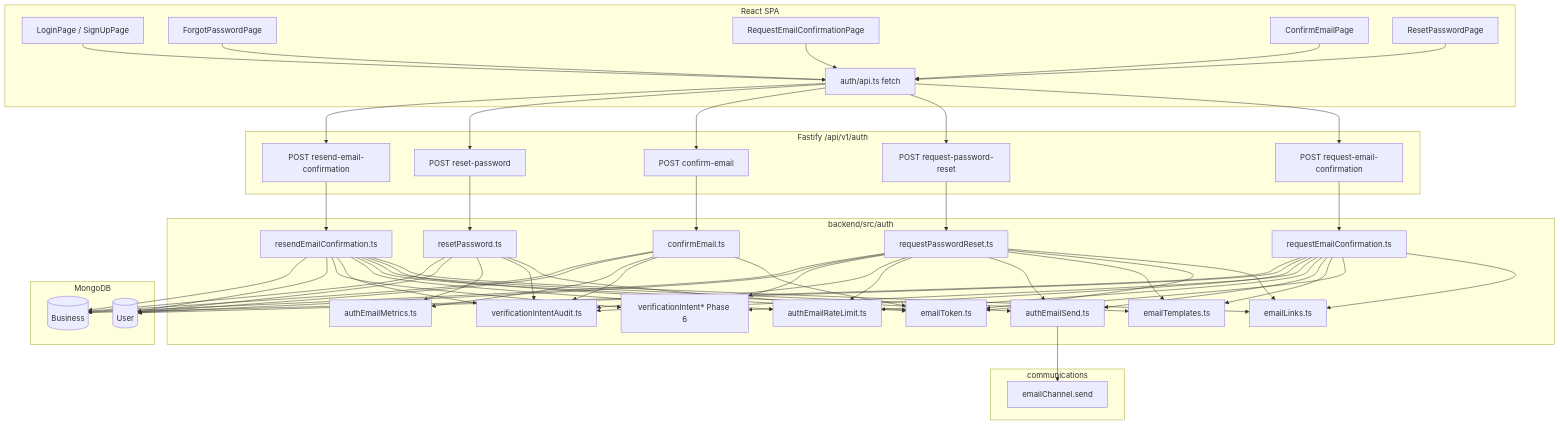
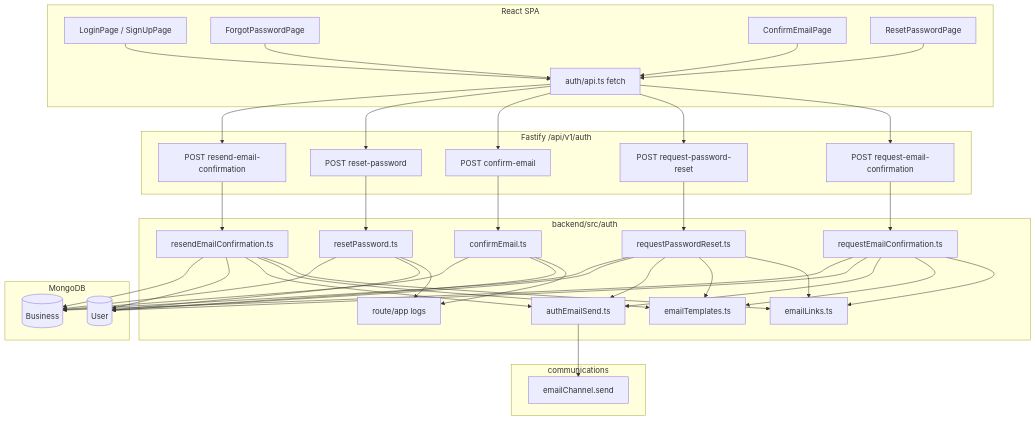
Before and after one commit to jpsm83/restaurant-pos: the first of 2 diagrams in documentation/auth-email-security-flows.md, drawn with Mermaid. The commit also changed other lines of this file and 74 other files, not shown here.

````diff
--- a/documentation/auth-email-security-flows.md
+++ b/documentation/auth-email-security-flows.md
@@ -29,61 +29,55 @@
 ```mermaid
 flowchart TB
   subgraph client [React SPA]
     LP[LoginPage / SignUpPage]
     FEC[ForgotPasswordPage]
-    RPC[RequestEmailConfirmationPage]
     CP[ConfirmEmailPage]
     RP[ResetPasswordPage]
     API[auth/api.ts fetch]
   end
 
   subgraph fastify [Fastify /api/v1/auth]
     REQ_C[POST request-email-confirmation]
     REQ_R[POST request-password-reset]
     CONF[POST confirm-email]
     RST[POST reset-password]
     RES[POST resend-email-confirmation]
   end
 
   subgraph services [backend/src/auth]
     HRC[requestEmailConfirmation.ts]
     HPR[requestPasswordReset.ts]
     CE[confirmEmail.ts]
     RPW[resetPassword.ts]
     RES_H[resendEmailConfirmation.ts]
     LINK[emailLinks.ts]
-    TOK[emailToken.ts]
     TPL[emailTemplates.ts]
     SEND[authEmailSend.ts]
-    RL[authEmailRateLimit.ts]
-    AUD[verificationIntentAudit.ts]
-    MET[authEmailMetrics.ts]
-    VI[verificationIntent* Phase 6]
+    MET[route/app logs]
   end
 
   subgraph comm [communications]
     CH[emailChannel.send]
   end
 
   subgraph db [MongoDB]
     U[(User)]
     B[(Business)]
   end
 
   LP --> API
   FEC --> API
-  RPC --> API
   CP --> API
   RP --> API
   API --> REQ_C & REQ_R & CONF & RST & RES
   REQ_C --> HRC
   REQ_R --> HPR
   CONF --> CE
   RST --> RPW
   RES --> RES_H
-  HRC & HPR & RES_H --> LINK & TOK & TPL & SEND & RL & AUD & VI
-  CE & RPW --> TOK & AUD & MET
+  HRC & HPR & RES_H --> LINK & TPL & SEND
+  CE & RPW --> MET
   SEND --> CH
   HRC & HPR & RES_H --> U & B
   CE & RPW --> U & B
 ```
````
